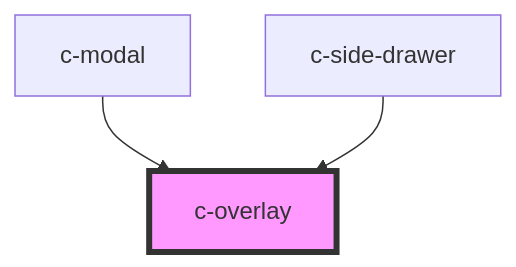
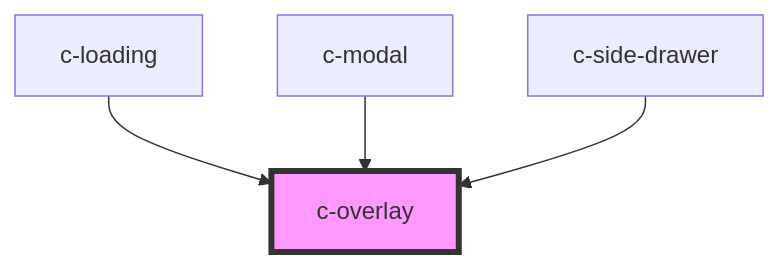
Before and after one commit to kickstand-ui/kickstand-ui: the diagram in src/scripts/components/overlay/readme.md, drawn with Mermaid. The commit also changed other lines of this file and 1 other file, not shown here.

Commit message:
fix story prop name

````diff
--- a/src/scripts/components/overlay/readme.md
+++ b/src/scripts/components/overlay/readme.md
@@ -49,6 +50,7 @@
 ```mermaid
 graph TD;
+  c-loading --> c-overlay
   c-modal --> c-overlay
   c-side-drawer --> c-overlay
   style c-overlay fill:#f9f,stroke:#333,stroke-width:4px
 ```
````
